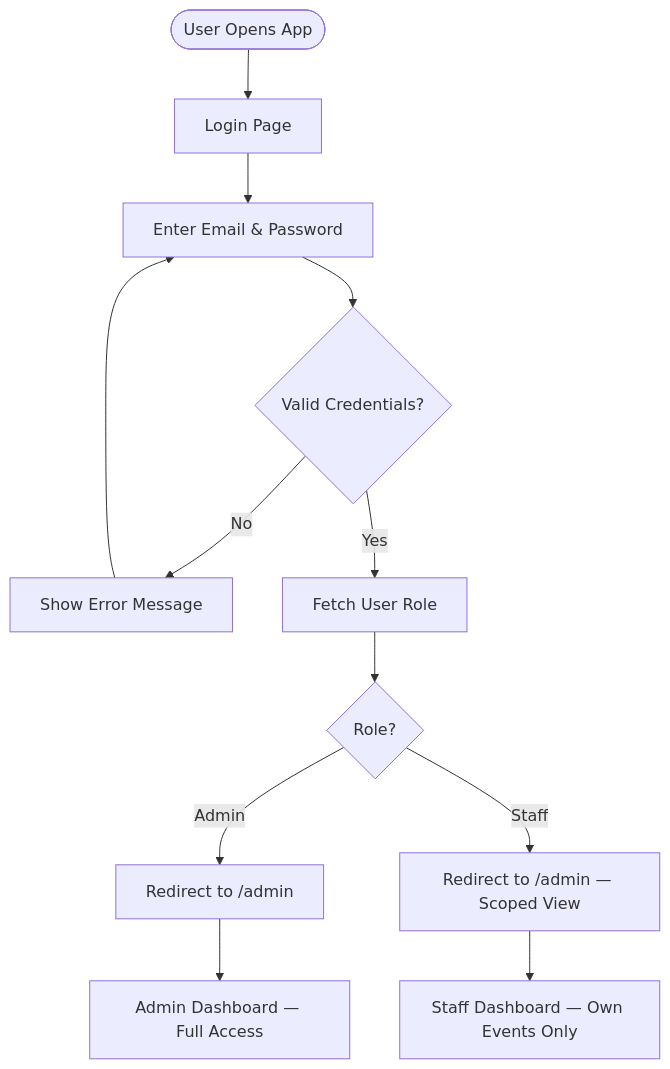
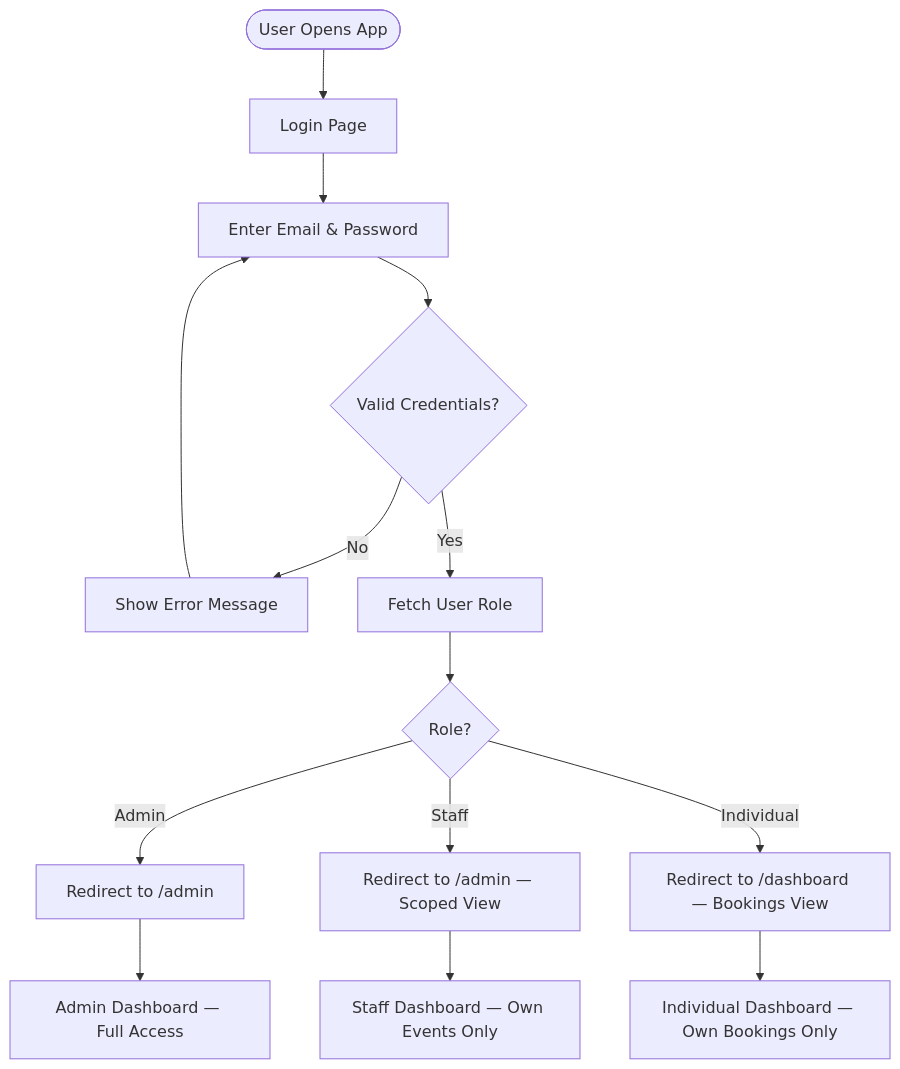
Before and after one commit to mukesh-mohanty-lbg/hackathon: the second of 18 diagrams in userflow/admin-panel-flow-diagrams.md, drawn with Mermaid. The commit also changed other lines of this file and 4 other files, not shown here.

````diff
--- a/userflow/admin-panel-flow-diagrams.md
+++ b/userflow/admin-panel-flow-diagrams.md
@@ -47,14 +60,16 @@
 ```mermaid
 flowchart TD
     Start([User Opens App]) --> LoginPage[Login Page]
     LoginPage --> EnterCreds[Enter Email & Password]
     EnterCreds --> Validate{Valid Credentials?}
     Validate -->|No| ShowError[Show Error Message]
     ShowError --> EnterCreds
     Validate -->|Yes| FetchRole[Fetch User Role]
     FetchRole --> RoleCheck{Role?}
     RoleCheck -->|Admin| AdminRedirect[Redirect to /admin]
     RoleCheck -->|Staff| StaffRedirect[Redirect to /admin — Scoped View]
+    RoleCheck -->|Individual| IndivRedirect[Redirect to /dashboard — Bookings View]
     AdminRedirect --> AdminDash[Admin Dashboard — Full Access]
     StaffRedirect --> StaffDash[Staff Dashboard — Own Events Only]
+    IndivRedirect --> IndivDash[Individual Dashboard — Own Bookings Only]
 ```
````
